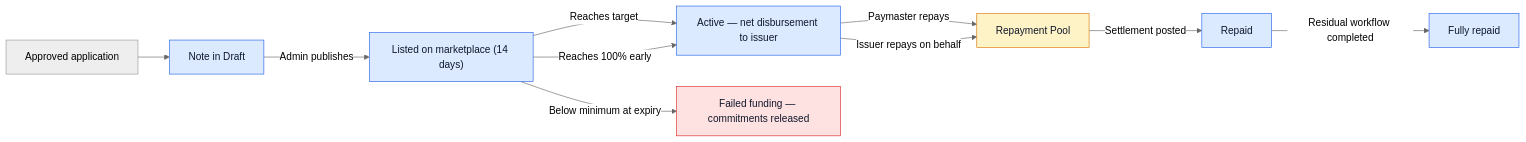
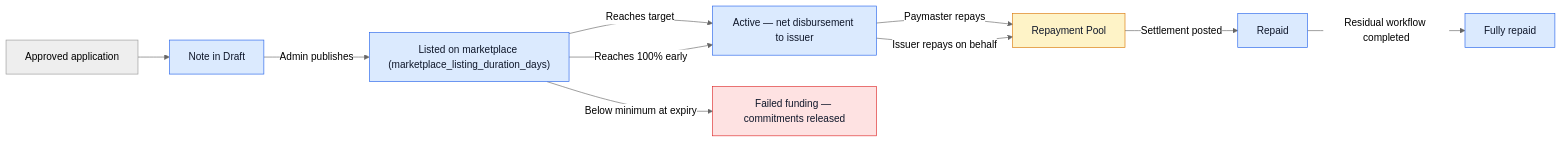
Before and after one commit to Malcan-Technologies/shoraka: the diagram in packages/help-content/markdown/issuer-marketplace-and-repayment.md, drawn with Mermaid (neutral theme). The commit also changed other lines of this file and 14 other files, not shown here.

Commit message:
doing the product marketplace listing

````diff
--- a/packages/help-content/markdown/issuer-marketplace-and-repayment.md
+++ b/packages/help-content/markdown/issuer-marketplace-and-repayment.md
@@ -104,20 +104,20 @@
 ```mermaid
 flowchart LR
   approved["Approved application"] --> draft["Note in Draft"]
-  draft -->|"Admin publishes"| listed["Listed on marketplace (14 days)"]
+  draft -->|"Admin publishes"| listed["Listed on marketplace (marketplace_listing_duration_days)"]
   listed -->|"Reaches target"| active["Active — net disbursement to issuer"]
   listed -->|"Reaches 100% early"| active
   listed -->|"Below minimum at expiry"| failed["Failed funding — commitments released"]
   active -->|"Paymaster repays"| pool["Repayment Pool"]
   active -->|"Issuer repays on behalf"| pool
   pool -->|"Settlement posted"| repaid["Repaid"]
   repaid -->|"Residual workflow completed"| done["Fully repaid"]
 
   class draft,listed,active,repaid,done lifecycle
   class failed terminal
   class pool pool
 
   classDef lifecycle fill:#dbeafe,stroke:#2563eb,color:#0f172a
   classDef terminal fill:#fee2e2,stroke:#dc2626,color:#0f172a
   classDef pool fill:#fef3c7,stroke:#d97706,color:#0f172a
 ```
````
